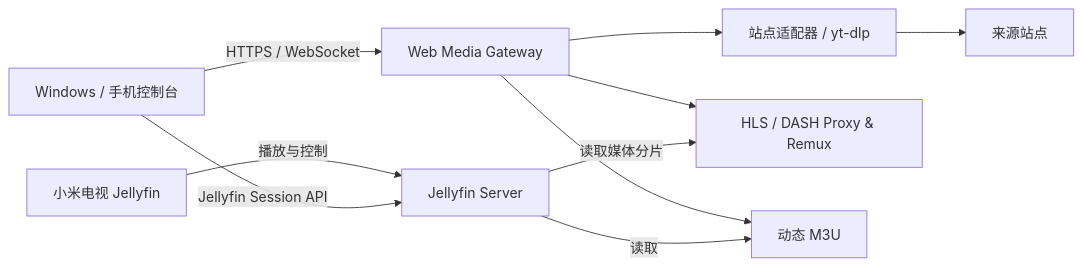
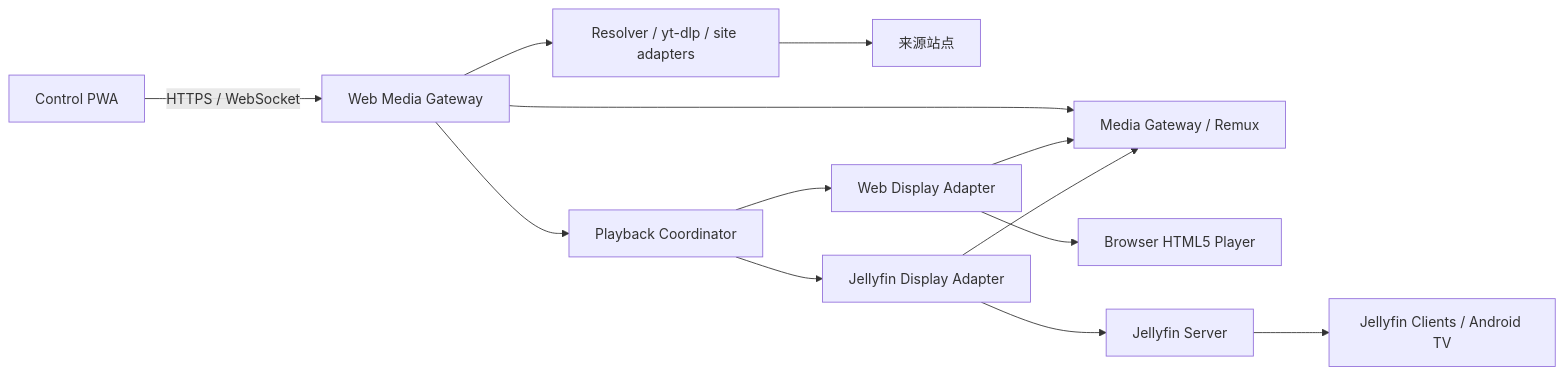
One commit to liqiangcc/jellyfin-web-media-gateway changed the first of 3 diagrams in docs/architecture.md. Above: the diagram before and after it, drawn with Mermaid. The commit also changed other lines of this file and 6 other files, not shown here.

Commit message:
decouple-playback-from-jellyfin-with-display-adapters

````diff
--- a/docs/architecture.md
+++ b/docs/architecture.md
@@ -7,12 +14,15 @@
 ```mermaid
 flowchart LR
-    C[Windows / 手机控制台] -->|HTTPS / WebSocket| G[Web Media Gateway]
-    G --> S[站点适配器 / yt-dlp]
-    S --> O[来源站点]
-    G --> P[HLS / DASH Proxy & Remux]
-    G --> M[动态 M3U]
-    J[Jellyfin Server] -->|读取| M
-    J -->|读取媒体分片| P
-    T[小米电视 Jellyfin] -->|播放与控制| J
-    C -->|Jellyfin Session API| J
+    C[Control PWA] -->|HTTPS / WebSocket| G[Web Media Gateway]
+    G --> PC[Playback Coordinator]
+    G --> R[Resolver / yt-dlp / site adapters]
+    R --> O[来源站点]
+    G --> MG[Media Gateway / Remux]
+    PC --> WD[Web Display Adapter]
+    WD --> B[Browser HTML5 Player]
+    PC --> JD[Jellyfin Display Adapter]
+    JD --> J[Jellyfin Server]
+    J --> T[Jellyfin Clients / Android TV]
+    WD --> MG
+    JD --> MG
 ```
````
